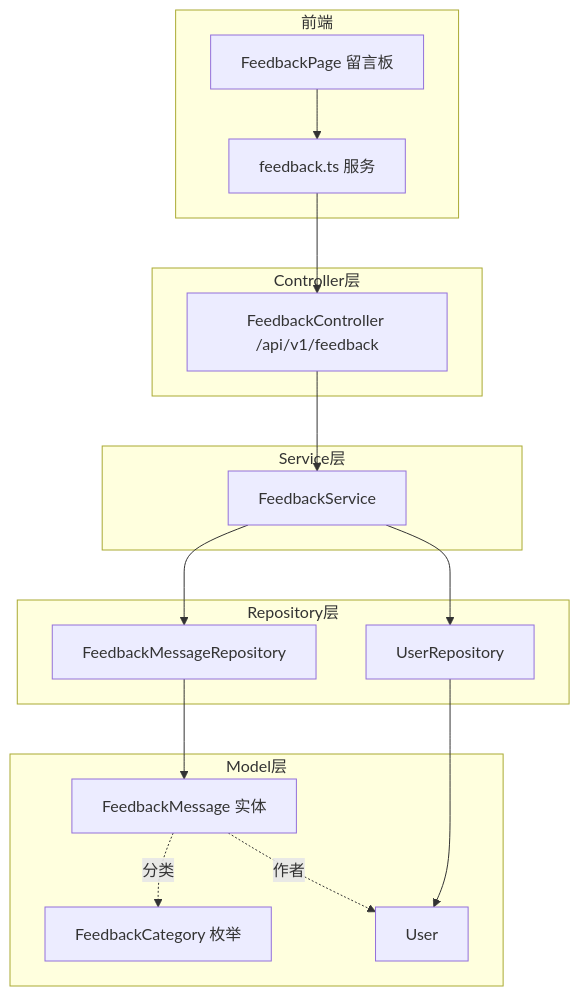
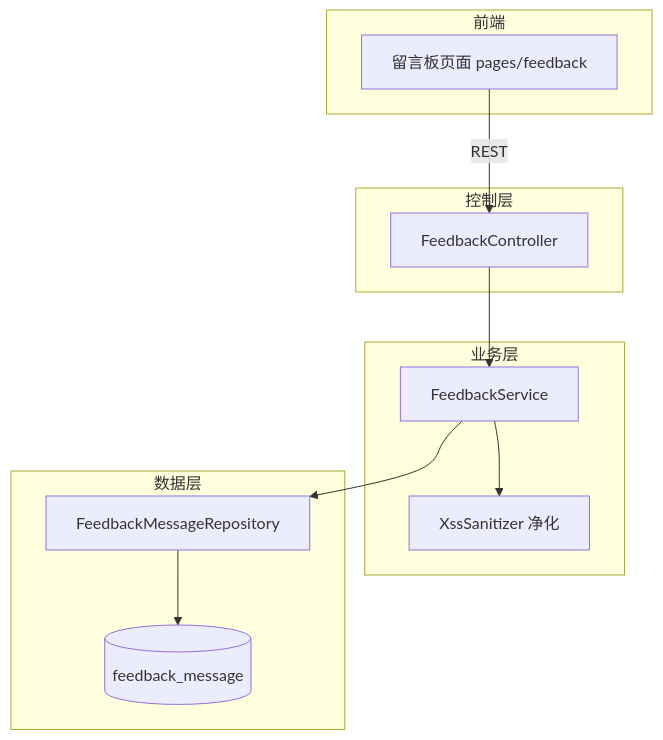
Before and after one commit to mambo-wang/CodingHub: the first of 2 diagrams in repowiki/wiki/modules/留言反馈.md, drawn with Mermaid. The commit also changed other lines of this file and 59 other files, not shown here.

````diff
--- a/repowiki/wiki/modules/留言反馈.md
+++ b/repowiki/wiki/modules/留言反馈.md
@@ -26,29 +19,22 @@
 ```mermaid
 graph TD
     subgraph "前端"
-        FB[FeedbackPage 留言板]
-        FBS[feedback.ts 服务]
+        FBPage[留言板页面 pages/feedback]
     end
-    subgraph "Controller层"
-        FC[FeedbackController /api/v1/feedback]
+    subgraph "控制层"
+        Ctl[FeedbackController]
     end
-    subgraph "Service层"
-        FS[FeedbackService]
+    subgraph "业务层"
+        Svc[FeedbackService]
+        Xss[XssSanitizer 净化]
     end
-    subgraph "Repository层"
-        FMR[FeedbackMessageRepository]
-        UR[UserRepository]
+    subgraph "数据层"
+        Repo[FeedbackMessageRepository]
+        Tbl[(feedback_message)]
     end
-    subgraph "Model层"
-        FM[FeedbackMessage 实体]
-        FCAT[FeedbackCategory 枚举]
-        U[User]
-    end
-    FB --> FBS --> FC --> FS
-    FS --> FMR
-    FS --> UR
-    FMR --> FM
-    UR --> U
-    FM -.分类.-> FCAT
-    FM -.作者.-> U
+    FBPage -->|REST| Ctl
+    Ctl --> Svc
+    Svc --> Xss
+    Svc --> Repo
+    Repo --> Tbl
 ```
````
